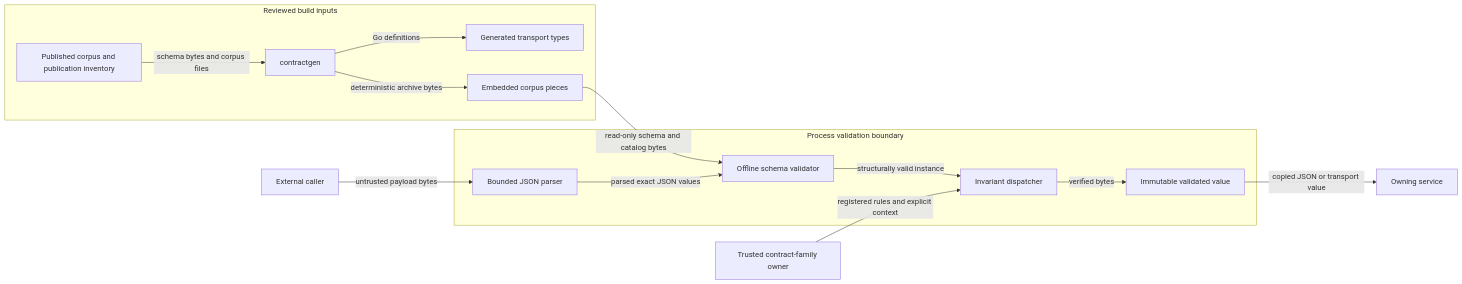
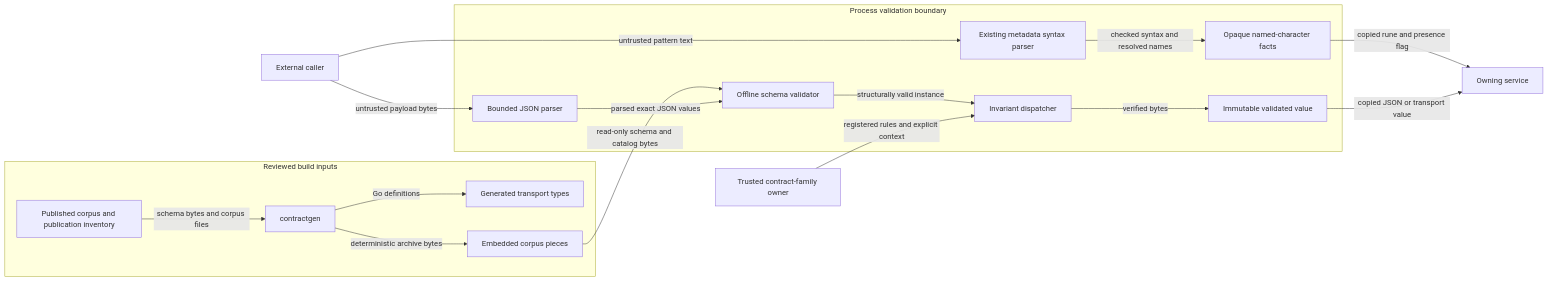
Before and after one commit to OpenRAE/rae: the diagram in docs/decisions/issue-1780-contract-validation-design.md, drawn with Mermaid. The commit also changed other lines of this file and 6 other files, not shown here.

Commit message:
refactor: declare shared pattern syntax API

````diff
--- a/docs/decisions/issue-1780-contract-validation-design.md
+++ b/docs/decisions/issue-1780-contract-validation-design.md
@@ -220,25 +230,30 @@
 ```mermaid
 flowchart LR
     subgraph Build[Reviewed build inputs]
         Authority[Published corpus and publication inventory]
         Generator[contractgen]
         Types[Generated transport types]
         Archive[Embedded corpus pieces]
         Authority -->|schema bytes and corpus files| Generator
         Generator -->|Go definitions| Types
         Generator -->|deterministic archive bytes| Archive
     end
     subgraph Boundary[Process validation boundary]
         Ingress[Bounded JSON parser]
         Schema[Offline schema validator]
         Rules[Invariant dispatcher]
         Value[Immutable validated value]
+        Pattern[Existing metadata syntax parser]
+        Names[Opaque named-character facts]
         Archive -->|read-only schema and catalog bytes| Schema
         Ingress -->|parsed exact JSON values| Schema
         Schema -->|structurally valid instance| Rules
         Rules -->|verified bytes| Value
+        Pattern -->|checked syntax and resolved names| Names
     end
     Caller[External caller] -->|untrusted payload bytes| Ingress
+    Caller -->|untrusted pattern text| Pattern
+    Names -->|copied rune and presence flag| Consumer
     Owner[Trusted contract-family owner] -->|registered rules and explicit context| Rules
     Value -->|copied JSON or transport value| Consumer[Owning service]
 ```
````
